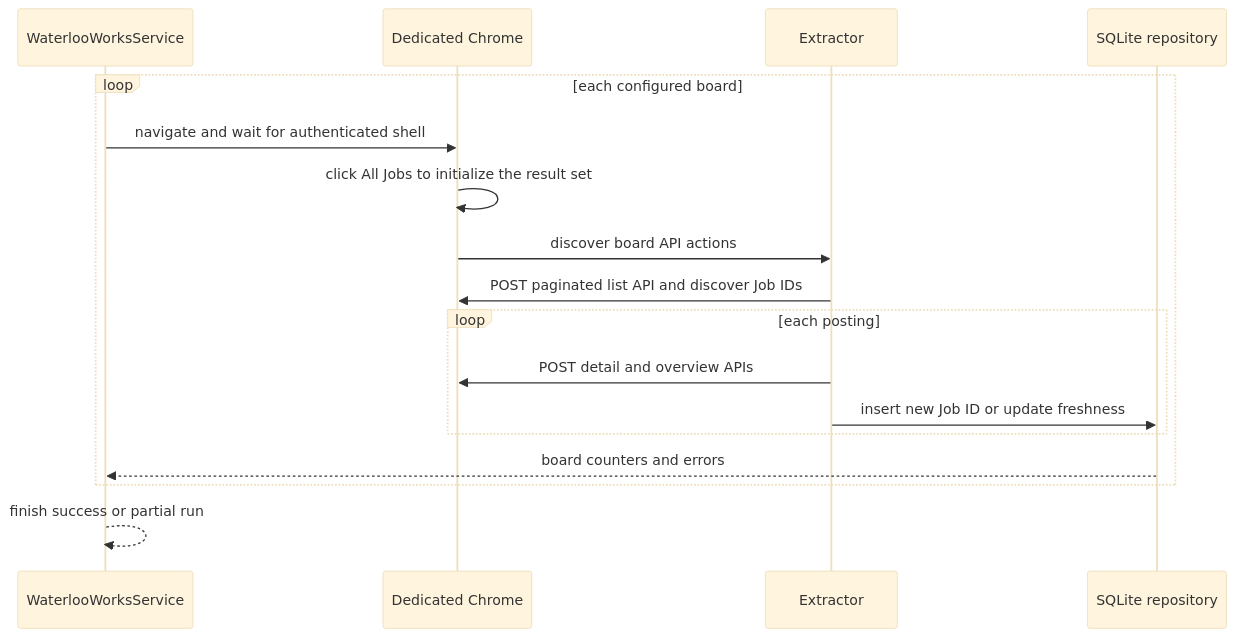
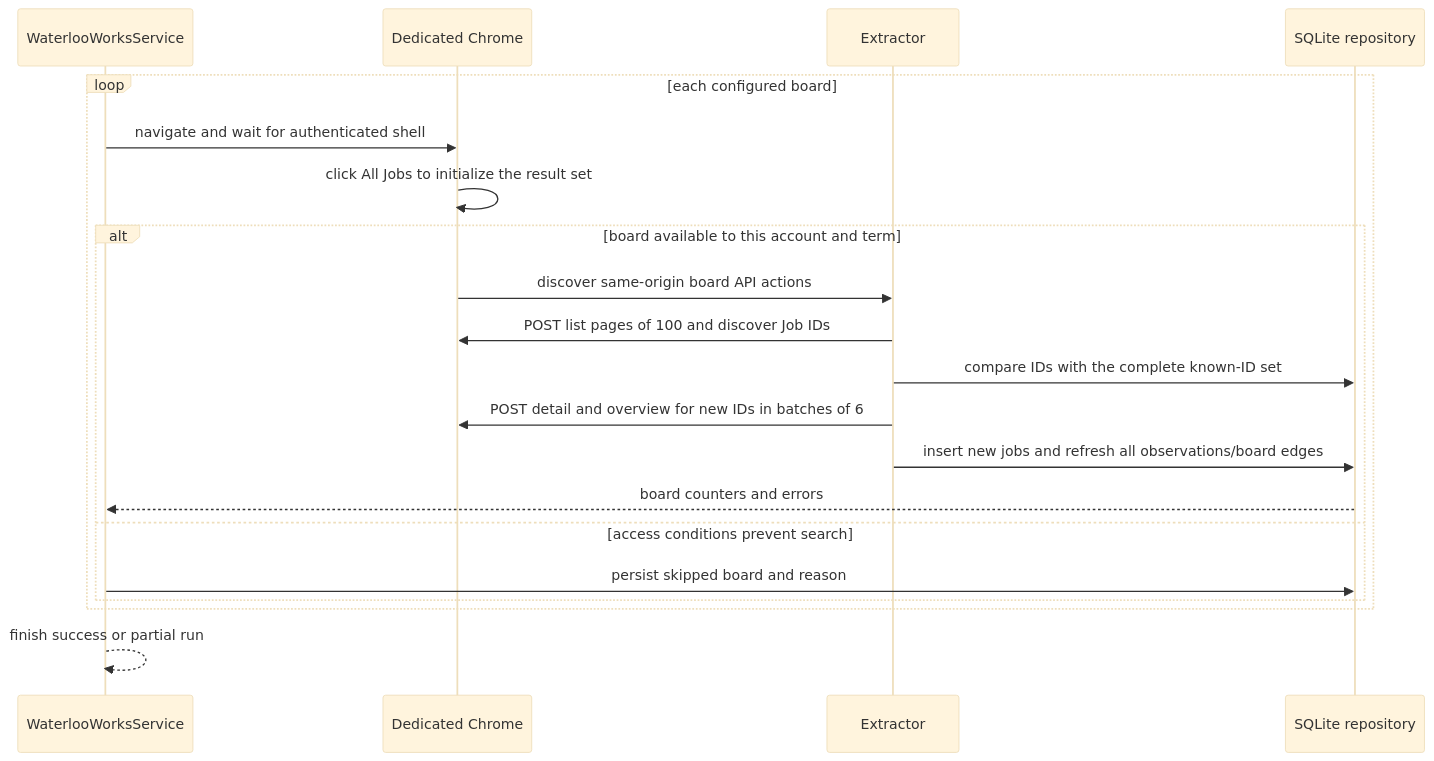
The second of 3 diagrams in docs/modules/waterlooworks.md (KaiusJin/WeCanFindIntern), drawn with Mermaid (base theme) before and after one commit. The commit also changed other lines of this file and 17 other files, not shown here.

````diff
--- a/docs/modules/waterlooworks.md
+++ b/docs/modules/waterlooworks.md
@@ -70,19 +74,22 @@
 ```mermaid
 sequenceDiagram
     participant S as WaterlooWorksService
     participant C as Dedicated Chrome
     participant D as Extractor
     participant Q as SQLite repository
     loop each configured board
         S->>C: navigate and wait for authenticated shell
         C->>C: click All Jobs to initialize the result set
-        C->>D: discover board API actions
-        D->>C: POST paginated list API and discover Job IDs
-        loop each posting
-            D->>C: POST detail and overview APIs
-            D->>Q: insert new Job ID or update freshness
+        alt board available to this account and term
+            C->>D: discover same-origin board API actions
+            D->>C: POST list pages of 100 and discover Job IDs
+            D->>Q: compare IDs with the complete known-ID set
+            D->>C: POST detail and overview for new IDs in batches of 6
+            D->>Q: insert new jobs and refresh all observations/board edges
+            Q-->>S: board counters and errors
+        else access conditions prevent search
+            S->>Q: persist skipped board and reason
         end
-        Q-->>S: board counters and errors
     end
     S-->>S: finish success or partial run
 ```
````
